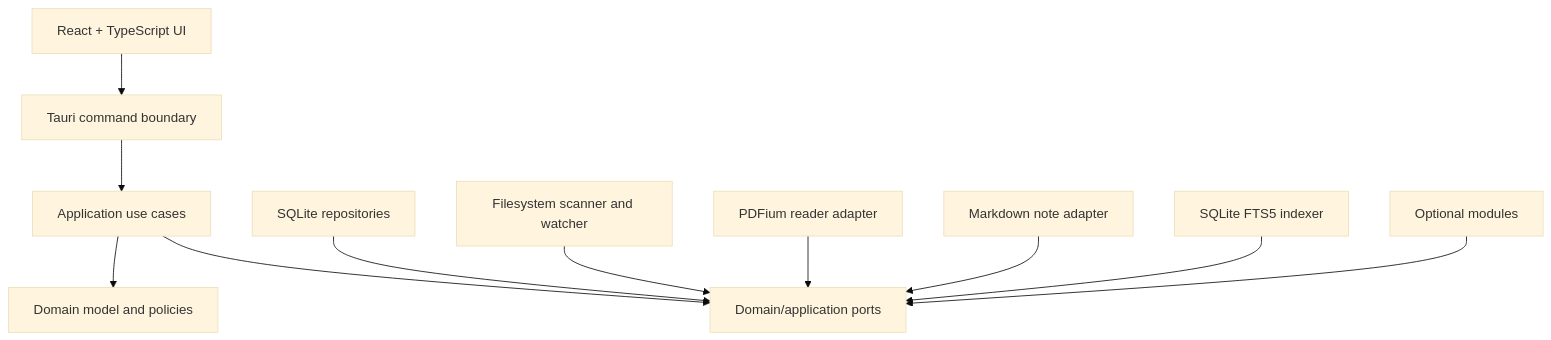
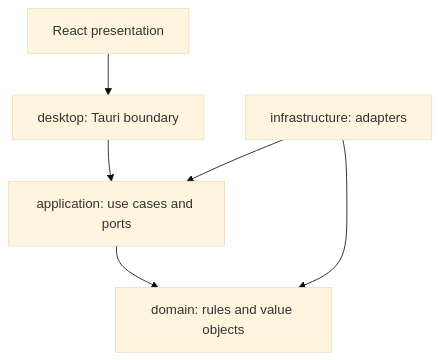
One commit to vuthanhdat/book-library changed the first of 3 diagrams in docs/02-architecture/architecture.md. Above: the diagram before and after it, drawn with Mermaid (base theme). The commit also changed other lines of this file, not shown here.

Commit message:
docs: consolidate the implementation architecture

````diff
--- a/docs/02-architecture/architecture.md
+++ b/docs/02-architecture/architecture.md
@@ -41,13 +43,8 @@
 ```mermaid
-flowchart TB
-    UI["React + TypeScript UI"] --> Commands["Tauri command boundary"]
-    Commands --> UseCases["Application use cases"]
-    UseCases --> Domain["Domain model and policies"]
-    UseCases --> Ports["Domain/application ports"]
-    SQLite["SQLite repositories"] --> Ports
-    FS["Filesystem scanner and watcher"] --> Ports
-    PDFium["PDFium reader adapter"] --> Ports
-    Markdown["Markdown note adapter"] --> Ports
-    FTS["SQLite FTS5 indexer"] --> Ports
-    Modules["Optional modules"] --> Ports
+flowchart TD
+    Frontend["React presentation"] --> Desktop["desktop: Tauri boundary"]
+    Desktop --> Application["application: use cases and ports"]
+    Application --> Domain["domain: rules and value objects"]
+    Infrastructure["infrastructure: adapters"] --> Application
+    Infrastructure --> Domain
 ```
````
